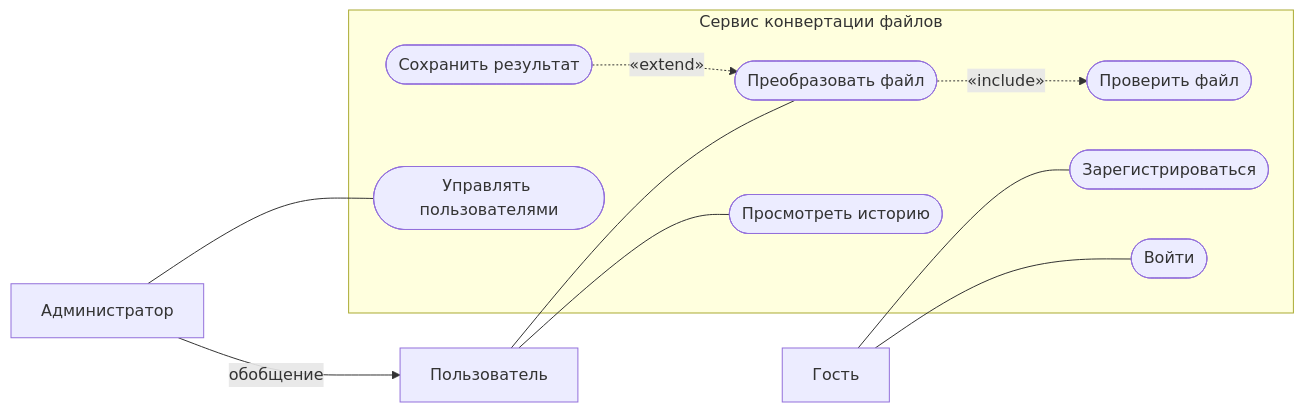
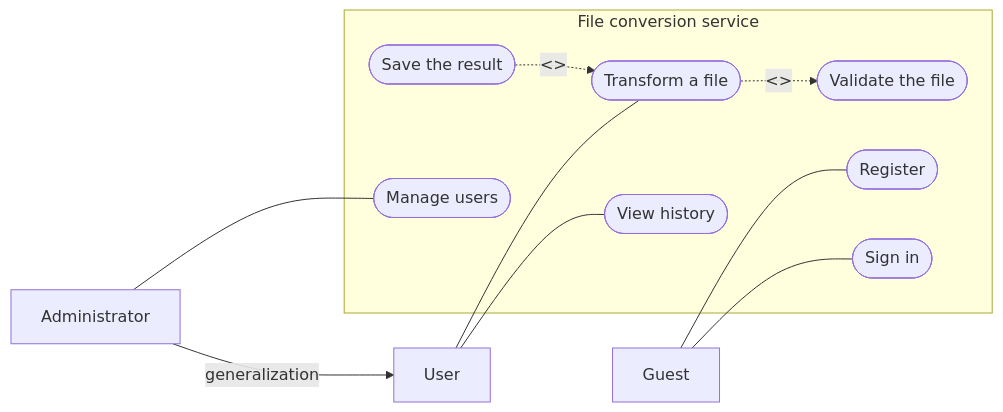
One commit to pavel-skripko-innowise/inno-fe-be-a1 changed the first of 8 diagrams in courses-content/backend/A/1/en/0.2 UML-диаграммы.md. Above: the diagram before and after it, drawn with Mermaid. The commit also changed other lines of this file and 35 other files, not shown here.

````diff
--- a/courses-content/backend/A/1/en/0.2 UML-диаграммы.md
+++ b/courses-content/backend/A/1/en/0.2 UML-диаграммы.md
@@ -67,23 +67,23 @@
 ```mermaid
 flowchart LR
-  Guest[Гость]
-  User[Пользователь]
-  Admin[Администратор]
-  subgraph System [Сервис конвертации файлов]
-    Register([Зарегистрироваться])
-    Login([Войти])
-    Convert([Преобразовать файл])
-    Validate([Проверить файл])
-    Save([Сохранить результат])
-    History([Просмотреть историю])
-    Manage([Управлять пользователями])
+  Guest[Guest]
+  User[User]
+  Admin[Administrator]
+  subgraph System [File conversion service]
+    Register([Register])
+    Login([Sign in])
+    Convert([Transform a file])
+    Validate([Validate the file])
+    Save([Save the result])
+    History([View history])
+    Manage([Manage users])
   end
   Guest --- Register
   Guest --- Login
   User --- Convert
   User --- History
   Admin --- Manage
-  Admin -->|обобщение| User
-  Convert -.->|"«include»"| Validate
-  Save -.->|"«extend»"| Convert
+  Admin -->|generalization| User
+  Convert -.->|"<<include>>"| Validate
+  Save -.->|"<<extend>>"| Convert
 ```
````
